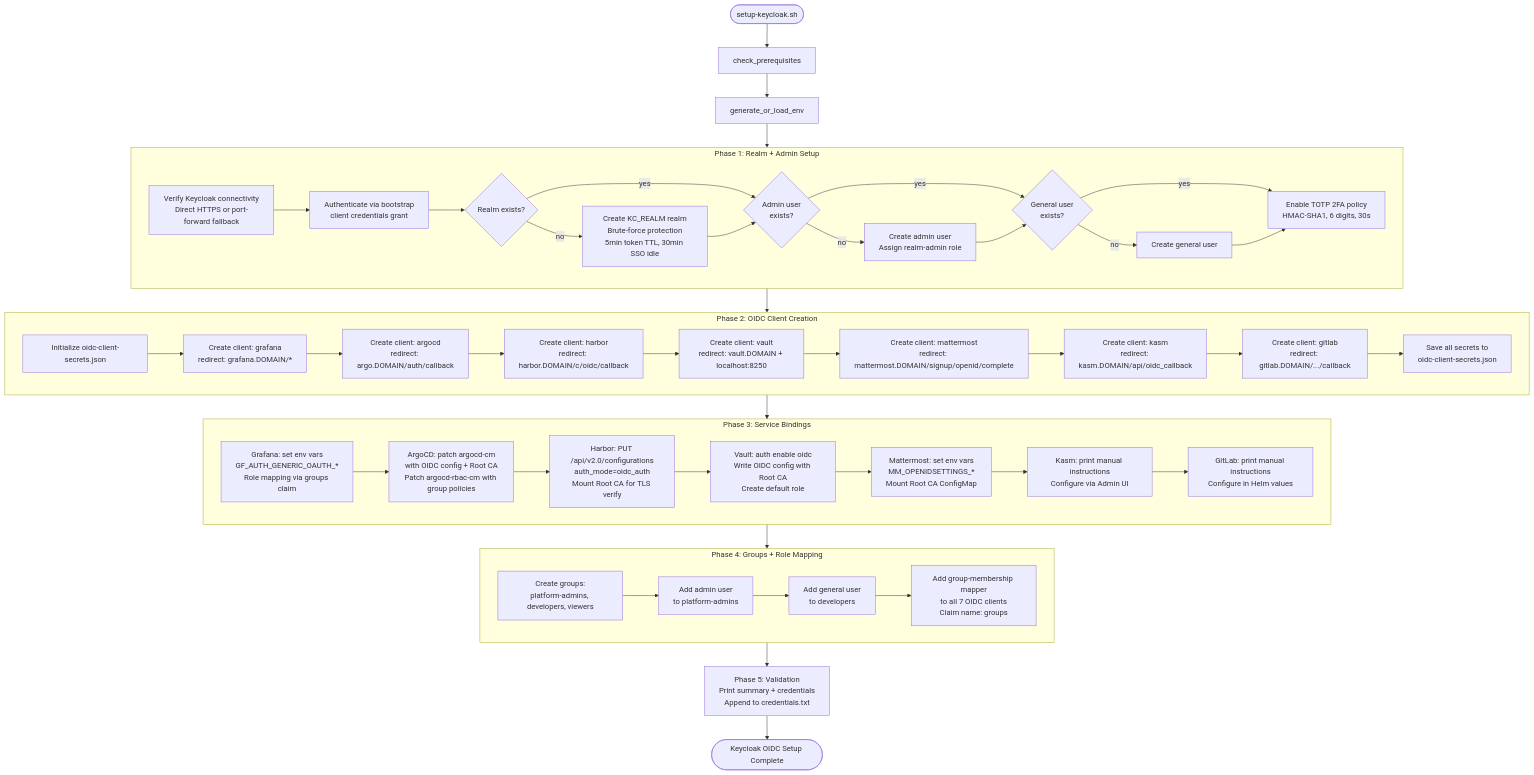
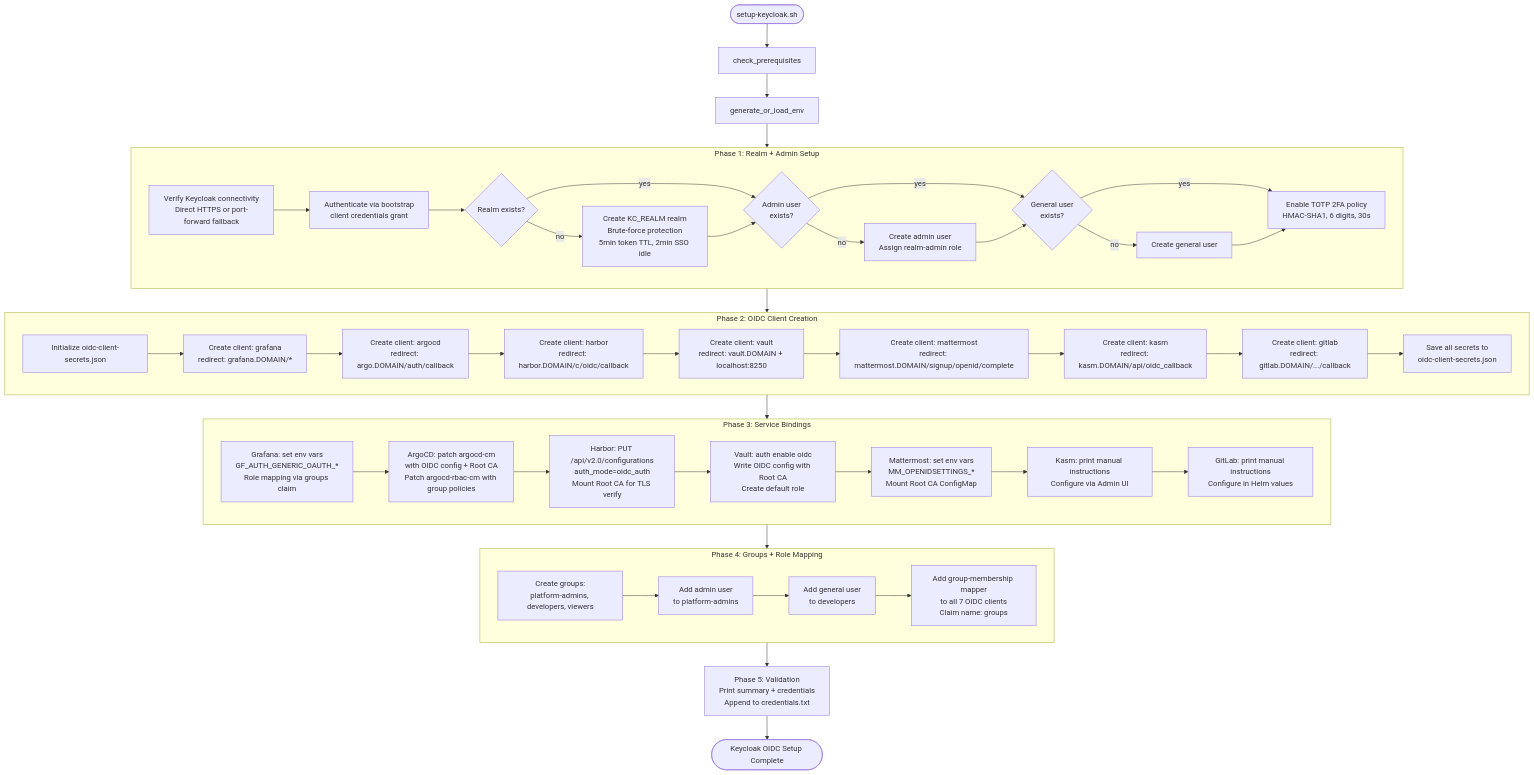
The eighth of 23 diagrams in docs/engineering/flow-charts.md (derhornspieler/harvester-rke2-platform), drawn with Mermaid before and after one commit. The commit also changed other lines of this file and 11 other files, not shown here.

````diff
--- a/docs/engineering/flow-charts.md
+++ b/docs/engineering/flow-charts.md
@@ -567,55 +567,55 @@
 ```mermaid
 flowchart TD
     Start([setup-keycloak.sh]) --> Prereqs[check_prerequisites]
     Prereqs --> LoadEnv[generate_or_load_env]
     LoadEnv --> Phase1
 
     subgraph Phase1 [Phase 1: Realm + Admin Setup]
         P1_Connect[Verify Keycloak connectivity<br/>Direct HTTPS or port-forward fallback] --> P1_Token[Authenticate via bootstrap<br/>client credentials grant]
         P1_Token --> P1_Realm{Realm exists?}
-        P1_Realm -->|no| P1_CreateRealm[Create KC_REALM realm<br/>Brute-force protection<br/>5min token TTL, 30min SSO idle]
+        P1_Realm -->|no| P1_CreateRealm[Create KC_REALM realm<br/>Brute-force protection<br/>5min token TTL, 2min SSO idle]
         P1_Realm -->|yes| P1_Admin
         P1_CreateRealm --> P1_Admin{Admin user<br/>exists?}
         P1_Admin -->|no| P1_CreateAdmin[Create admin user<br/>Assign realm-admin role]
         P1_Admin -->|yes| P1_User
         P1_CreateAdmin --> P1_User{General user<br/>exists?}
         P1_User -->|no| P1_CreateUser[Create general user]
         P1_User -->|yes| P1_TOTP
         P1_CreateUser --> P1_TOTP[Enable TOTP 2FA policy<br/>HMAC-SHA1, 6 digits, 30s]
     end
 
     Phase1 --> Phase2
 
     subgraph Phase2 [Phase 2: OIDC Client Creation]
         P2_Init[Initialize oidc-client-secrets.json] --> P2_Grafana[Create client: grafana<br/>redirect: grafana.DOMAIN/*]
         P2_Grafana --> P2_ArgoCD[Create client: argocd<br/>redirect: argo.DOMAIN/auth/callback]
         P2_ArgoCD --> P2_Harbor[Create client: harbor<br/>redirect: harbor.DOMAIN/c/oidc/callback]
         P2_Harbor --> P2_Vault[Create client: vault<br/>redirect: vault.DOMAIN + localhost:8250]
         P2_Vault --> P2_MM[Create client: mattermost<br/>redirect: mattermost.DOMAIN/signup/openid/complete]
         P2_MM --> P2_Kasm[Create client: kasm<br/>redirect: kasm.DOMAIN/api/oidc_callback]
         P2_Kasm --> P2_GitLab[Create client: gitlab<br/>redirect: gitlab.DOMAIN/.../callback]
         P2_GitLab --> P2_Save[Save all secrets to<br/>oidc-client-secrets.json]
     end
 
     Phase2 --> Phase3
 
     subgraph Phase3 [Phase 3: Service Bindings]
         P3_Grafana[Grafana: set env vars<br/>GF_AUTH_GENERIC_OAUTH_*<br/>Role mapping via groups claim] --> P3_ArgoCD[ArgoCD: patch argocd-cm<br/>with OIDC config + Root CA<br/>Patch argocd-rbac-cm with group policies]
         P3_ArgoCD --> P3_Harbor[Harbor: PUT /api/v2.0/configurations<br/>auth_mode=oidc_auth<br/>Mount Root CA for TLS verify]
         P3_Harbor --> P3_Vault[Vault: auth enable oidc<br/>Write OIDC config with Root CA<br/>Create default role]
         P3_Vault --> P3_MM[Mattermost: set env vars<br/>MM_OPENIDSETTINGS_*<br/>Mount Root CA ConfigMap]
         P3_MM --> P3_Kasm[Kasm: print manual instructions<br/>Configure via Admin UI]
         P3_Kasm --> P3_GitLab[GitLab: print manual instructions<br/>Configure in Helm values]
     end
 
     Phase3 --> Phase4
 
     subgraph Phase4 [Phase 4: Groups + Role Mapping]
         P4_Groups[Create groups:<br/>platform-admins, developers, viewers] --> P4_AdminGroup[Add admin user<br/>to platform-admins]
         P4_AdminGroup --> P4_UserGroup[Add general user<br/>to developers]
         P4_UserGroup --> P4_Mappers[Add group-membership mapper<br/>to all 7 OIDC clients<br/>Claim name: groups]
     end
 
     Phase4 --> Phase5[Phase 5: Validation<br/>Print summary + credentials<br/>Append to credentials.txt]
     Phase5 --> Done([Keycloak OIDC Setup Complete])
 ```
````
